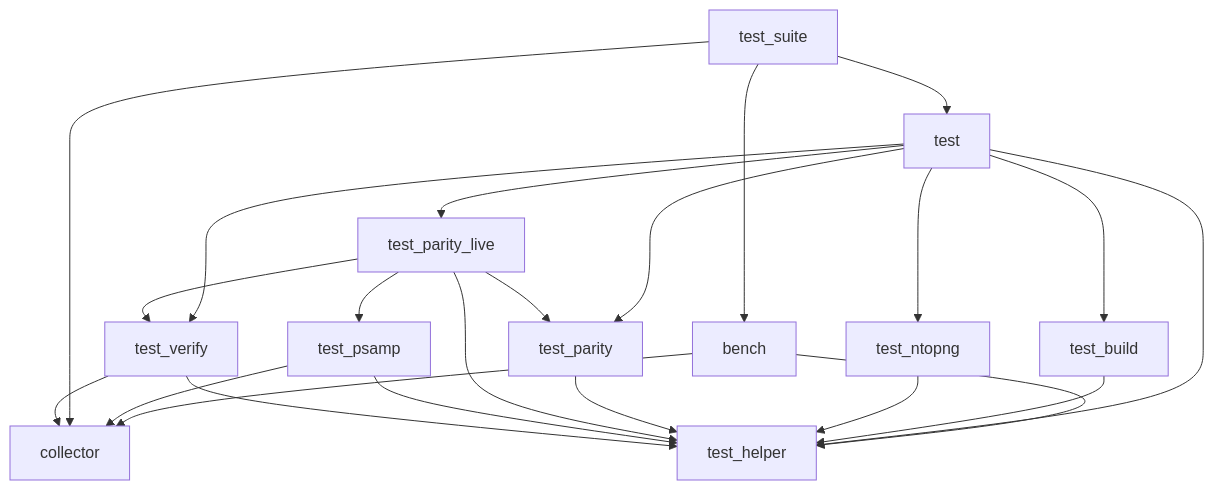
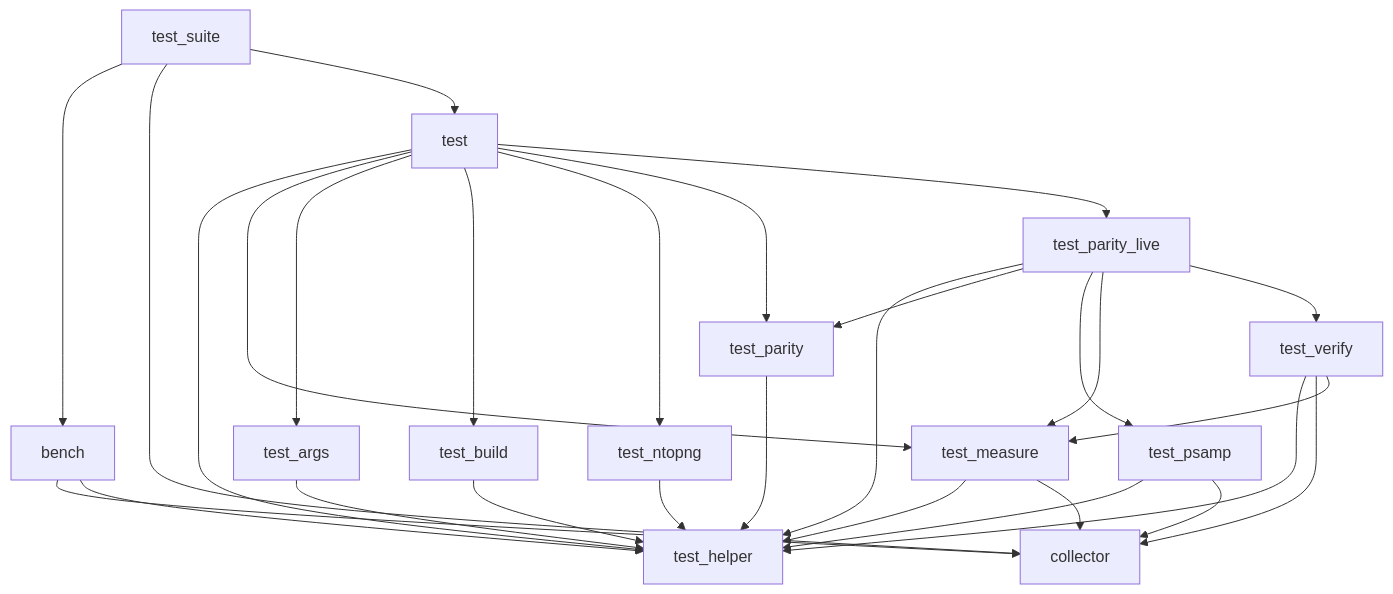
One commit to irino/softflowd changed the diagram in tools/README.md. Above: the diagram before and after it, drawn with Mermaid. The commit also changed other lines of this file and 5 other files, not shown here.

First line of the commit message:
Split the measurements out of softflowd_test_verify.py and tidy compat_main

````diff
--- a/tools/README.md
+++ b/tools/README.md
@@ -60,25 +62,31 @@
 ```mermaid
 graph TD
     bench --> collector
     bench --> test_helper
     test --> test_helper
-    test --> test_verify
+    test --> test_measure
+    test --> test_args
     test --> test_build
     test --> test_ntopng
     test --> test_parity
     test --> test_parity_live
+    test_args --> test_helper
     test_build --> test_helper
+    test_measure --> test_helper
+    test_measure --> collector
     test_ntopng --> test_helper
     test_parity --> test_helper
     test_parity_live --> test_helper
     test_parity_live --> test_parity
     test_parity_live --> test_psamp
+    test_parity_live --> test_measure
     test_parity_live --> test_verify
     test_psamp --> test_helper
     test_psamp --> collector
     test_suite --> bench
     test_suite --> collector
     test_suite --> test
     test_verify --> test_helper
     test_verify --> collector
+    test_verify --> test_measure
 ```
````
